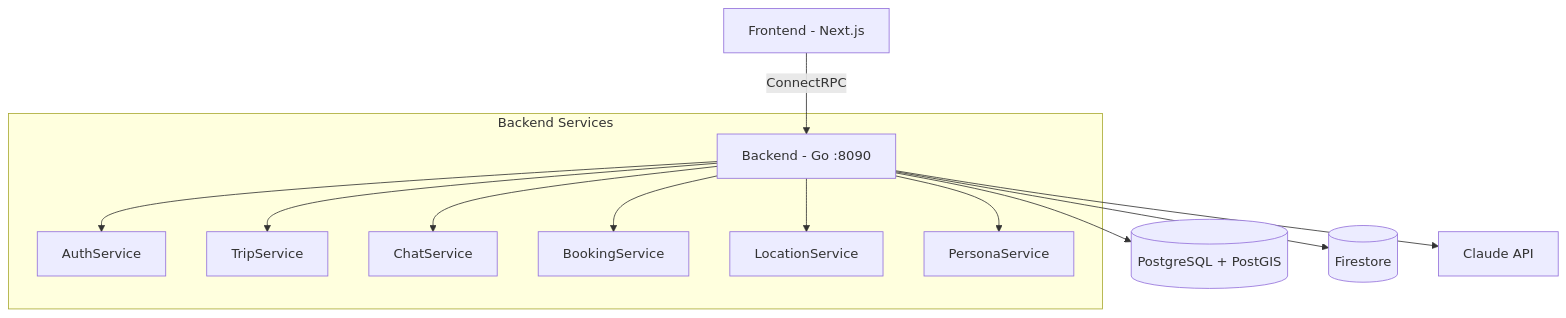
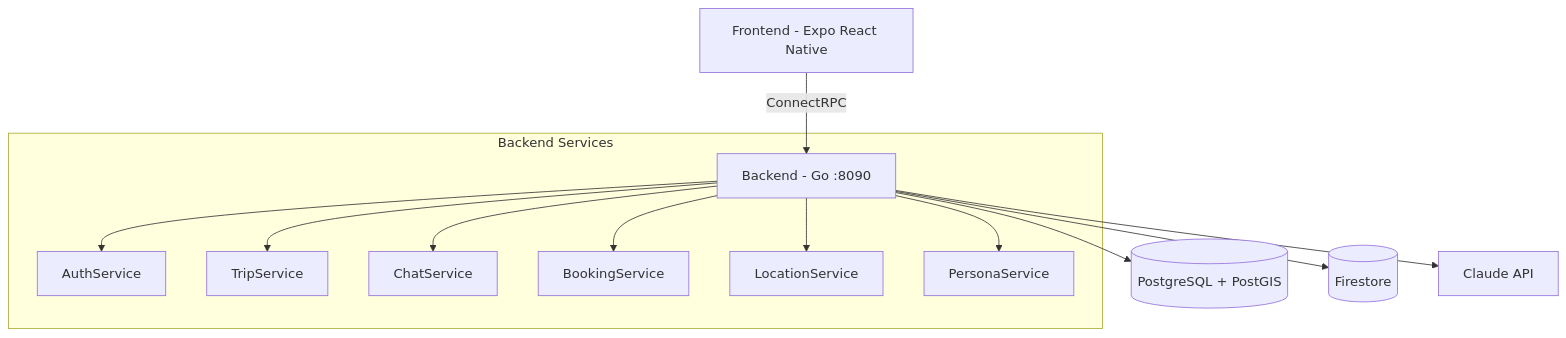
The first of 3 diagrams in CLAUDE.md (gallowaysoftware/toqui), drawn with Mermaid before and after one commit. The commit also changed other lines of this file, not shown here.

````diff
--- a/CLAUDE.md
+++ b/CLAUDE.md
@@ -16,16 +17,16 @@
 ```mermaid
 graph TB
-    FE[Frontend - Next.js] -->|ConnectRPC| BE[Backend - Go :8090]
+    FE[Frontend - Expo React Native] -->|ConnectRPC| BE[Backend - Go :8090]
     BE --> PG[(PostgreSQL + PostGIS)]
     BE --> FS[(Firestore)]
     BE --> AI[Claude API]
 
     subgraph Backend Services
         BE --> Auth[AuthService]
         BE --> Trip[TripService]
         BE --> Chat[ChatService]
         BE --> Book[BookingService]
         BE --> Loc[LocationService]
         BE --> Pers[PersonaService]
     end
 ```
````
